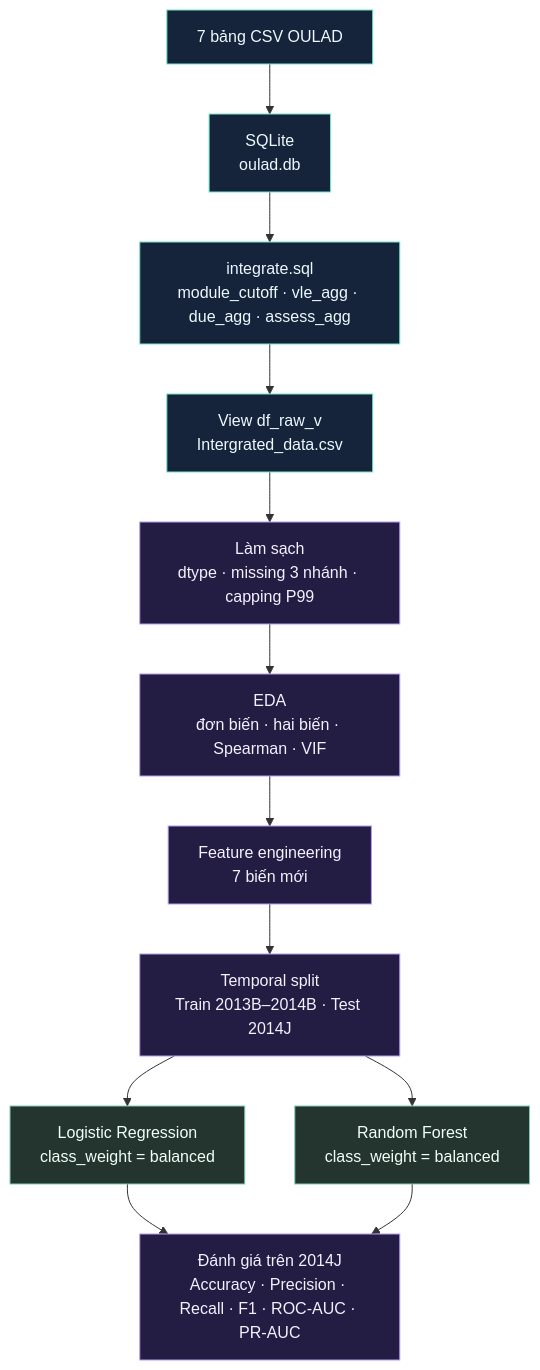
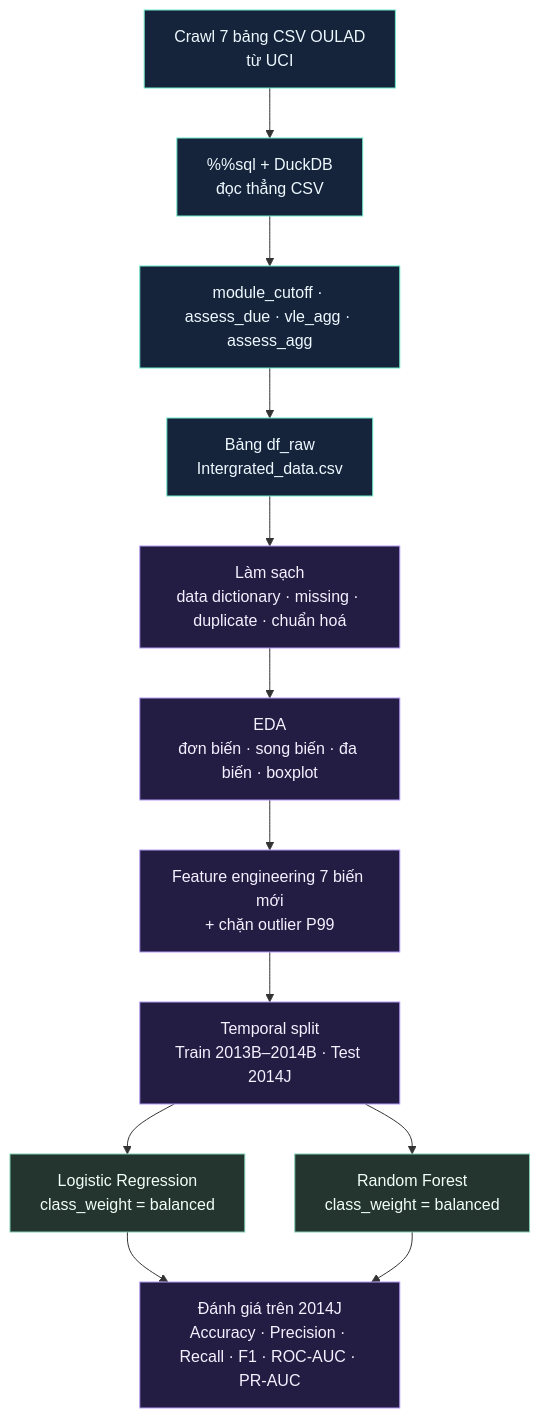
The diagram in README.md (NguyenAnh1421/Early-Warning-At-Risk-Students-OULAD), drawn with Mermaid before and after one commit. The commit also changed other lines of this file and 2 other files, not shown here.

````diff
--- a/README.md
+++ b/README.md
@@ -86,21 +88,21 @@
 ```mermaid
 flowchart TD
-    A["7 bảng CSV OULAD"] --> B["SQLite<br/>oulad.db"]
-    B --> C["integrate.sql<br/>module_cutoff · vle_agg · due_agg · assess_agg"]
-    C --> D["View df_raw_v<br/>Intergrated_data.csv"]
-    D --> E["Làm sạch<br/>dtype · missing 3 nhánh · capping P99"]
-    E --> F["EDA<br/>đơn biến · hai biến · Spearman · VIF"]
-    F --> G["Feature engineering<br/>7 biến mới"]
+    A["Crawl 7 bảng CSV OULAD<br/>từ UCI"] --> B["%%sql + DuckDB<br/>đọc thẳng CSV"]
+    B --> C["module_cutoff · assess_due · vle_agg · assess_agg"]
+    C --> D["Bảng df_raw<br/>Intergrated_data.csv"]
+    D --> E["Làm sạch<br/>data dictionary · missing · duplicate · chuẩn hoá"]
+    E --> F["EDA<br/>đơn biến · song biến · đa biến · boxplot"]
+    F --> G["Feature engineering 7 biến mới<br/>+ chặn outlier P99"]
     G --> H["Temporal split<br/>Train 2013B–2014B · Test 2014J"]
     H --> I["Logistic Regression<br/>class_weight = balanced"]
     H --> J["Random Forest<br/>class_weight = balanced"]
     I --> K["Đánh giá trên 2014J<br/>Accuracy · Precision · Recall · F1 · ROC-AUC · PR-AUC"]
     J --> K
 
     classDef source fill:#15243b,stroke:#6ee7c9,color:#edf8ff;
     classDef analysis fill:#241d43,stroke:#b69af6,color:#f5f0ff;
     classDef model fill:#23352e,stroke:#80cdb0,color:#f0fff7;
     class A,B,C,D source;
     class E,F,G,H,K analysis;
     class I,J model;
 ```
````
